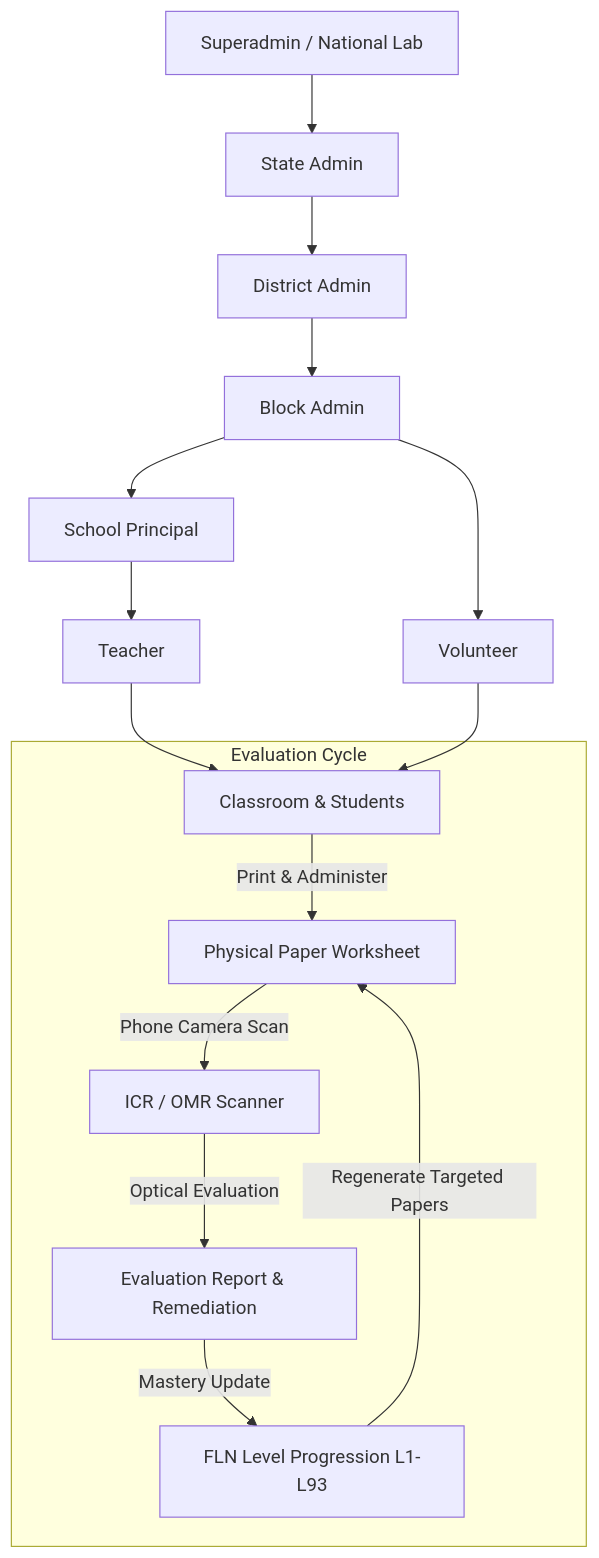
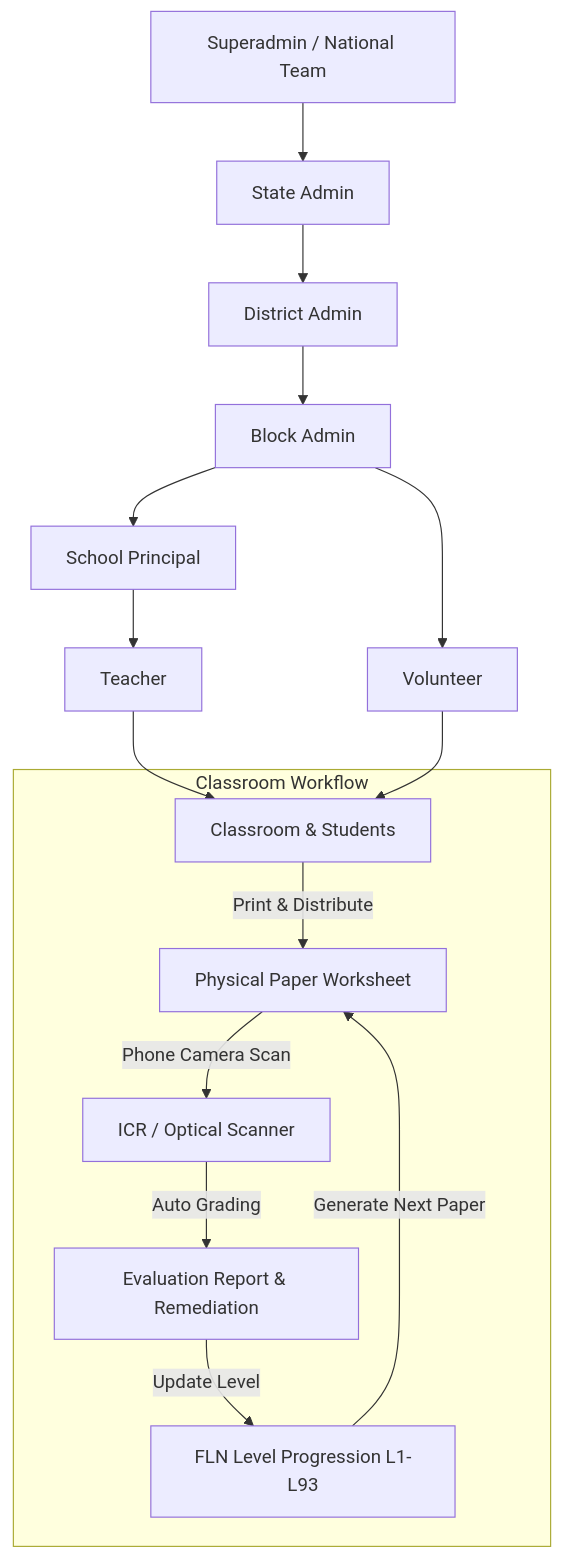
One commit to Crypticfr/fln changed the diagram in Ideas/ONBOARDING-Subhajit-Samajpati.md. Above: the diagram before and after it, drawn with Mermaid. The commit also changed other lines of this file, not shown here.

````diff
--- a/Ideas/ONBOARDING-Subhajit-Samajpati.md
+++ b/Ideas/ONBOARDING-Subhajit-Samajpati.md
@@ -34,19 +34,19 @@
 ```mermaid
 graph TD
-    SA[Superadmin / National Lab] --> A[State Admin]
+    SA[Superadmin / National Team] --> A[State Admin]
     A --> DA[District Admin]
     DA --> BA[Block Admin]
     BA --> S[School Principal]
     S --> T[Teacher]
     BA --> V[Volunteer]
     T --> P[Classroom & Students]
     V --> P
 
-    subgraph Evaluation Cycle
-        P -->|Print & Administer| WS[Physical Paper Worksheet]
-        WS -->|Phone Camera Scan| ICR[ICR / OMR Scanner]
-        ICR -->|Optical Evaluation| REP[Evaluation Report & Remediation]
-        REP -->|Mastery Update| LVL[FLN Level Progression L1-L93]
-        LVL -->|Regenerate Targeted Papers| WS
+    subgraph Classroom Workflow
+        P -->|Print & Distribute| WS[Physical Paper Worksheet]
+        WS -->|Phone Camera Scan| ICR[ICR / Optical Scanner]
+        ICR -->|Auto Grading| REP[Evaluation Report & Remediation]
+        REP -->|Update Level| LVL[FLN Level Progression L1-L93]
+        LVL -->|Generate Next Paper| WS
     end
 ```
````
